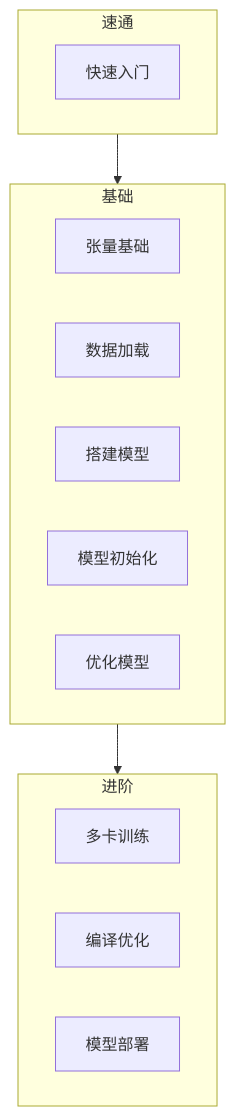
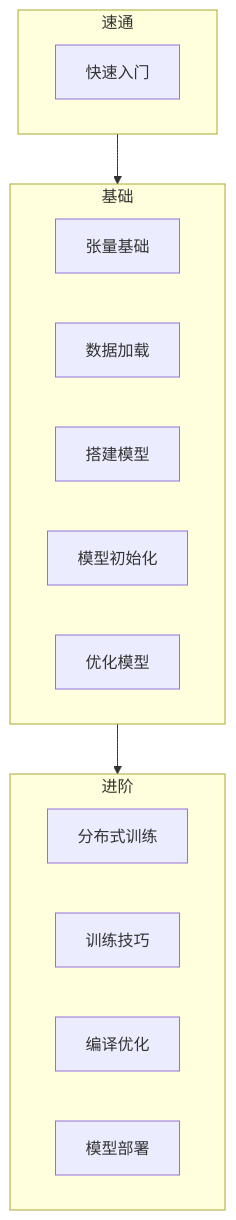
The diagram in docs/Python/ThirdPartyLibrary/pytorch/index.md (AIboy996/AIboy996.GitHub.io), drawn with Mermaid before and after one commit. The commit also changed 5 other files, not shown here.

````diff
--- a/docs/Python/ThirdPartyLibrary/pytorch/index.md
+++ b/docs/Python/ThirdPartyLibrary/pytorch/index.md
@@ -20,28 +20,30 @@
 ```mermaid
 flowchart TD
     subgraph 速通
         快速入门
     end
     subgraph 基础
         张量基础
         数据加载
         搭建模型
         模型初始化
         优化模型
     end
     subgraph 进阶
-        多卡训练
+        分布式训练
+        训练技巧
         编译优化
         模型部署
     end
     速通 --> 基础 --> 进阶
 
     click 快速入门 "./quick_start/"
     click 张量基础 "./tensor/"
     click 数据加载 "./data/"
     click 搭建模型 "./model/"
     click 模型初始化 "./init/"
     click 优化模型 "./optimizer/"
-    click 多卡训练 "./multi_gpu/"
+    click 分布式训练 "./multi_gpu/"
     click 编译优化 "./compile/"
+    click 训练技巧 "./tricks/"
 ```
````
